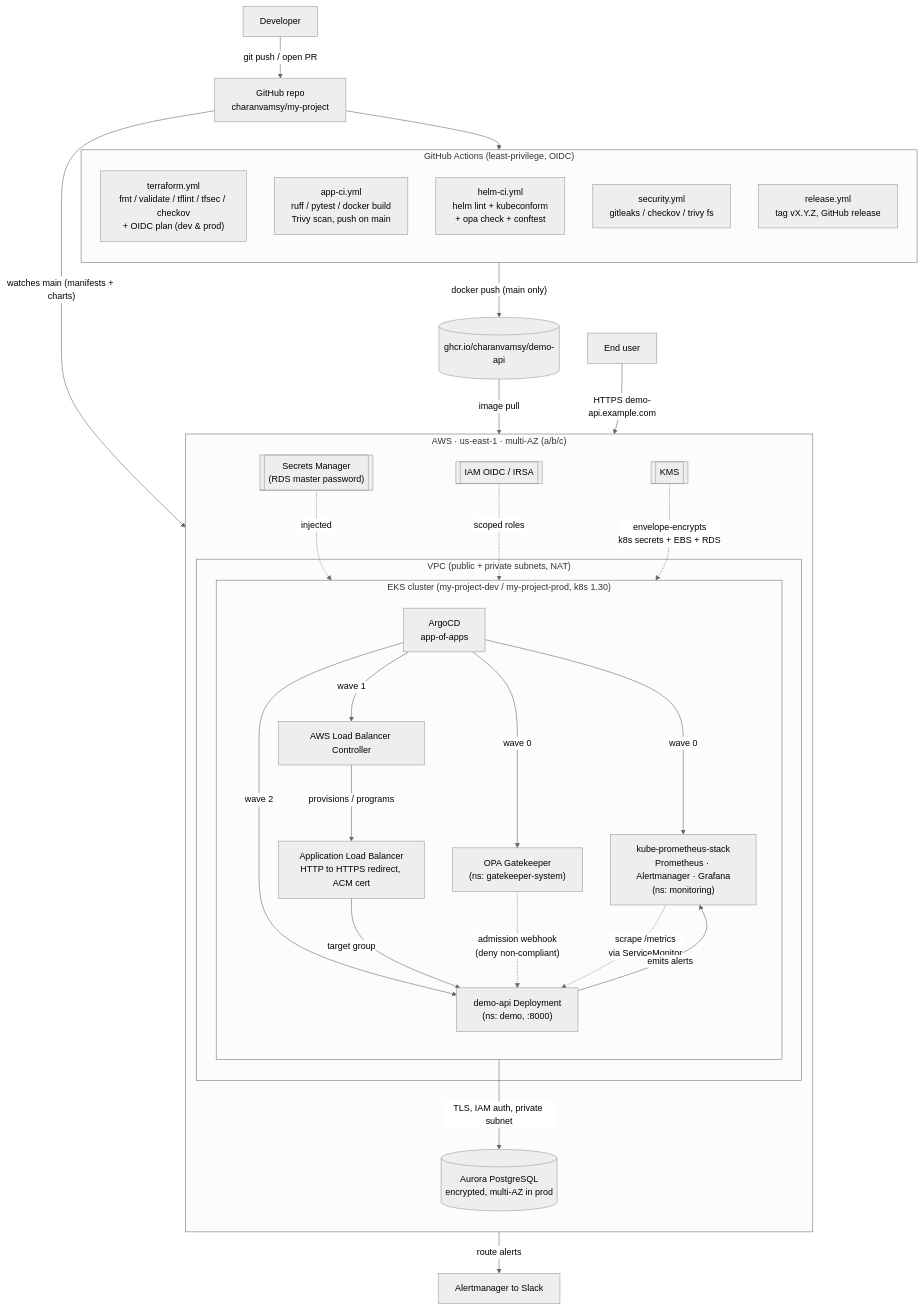
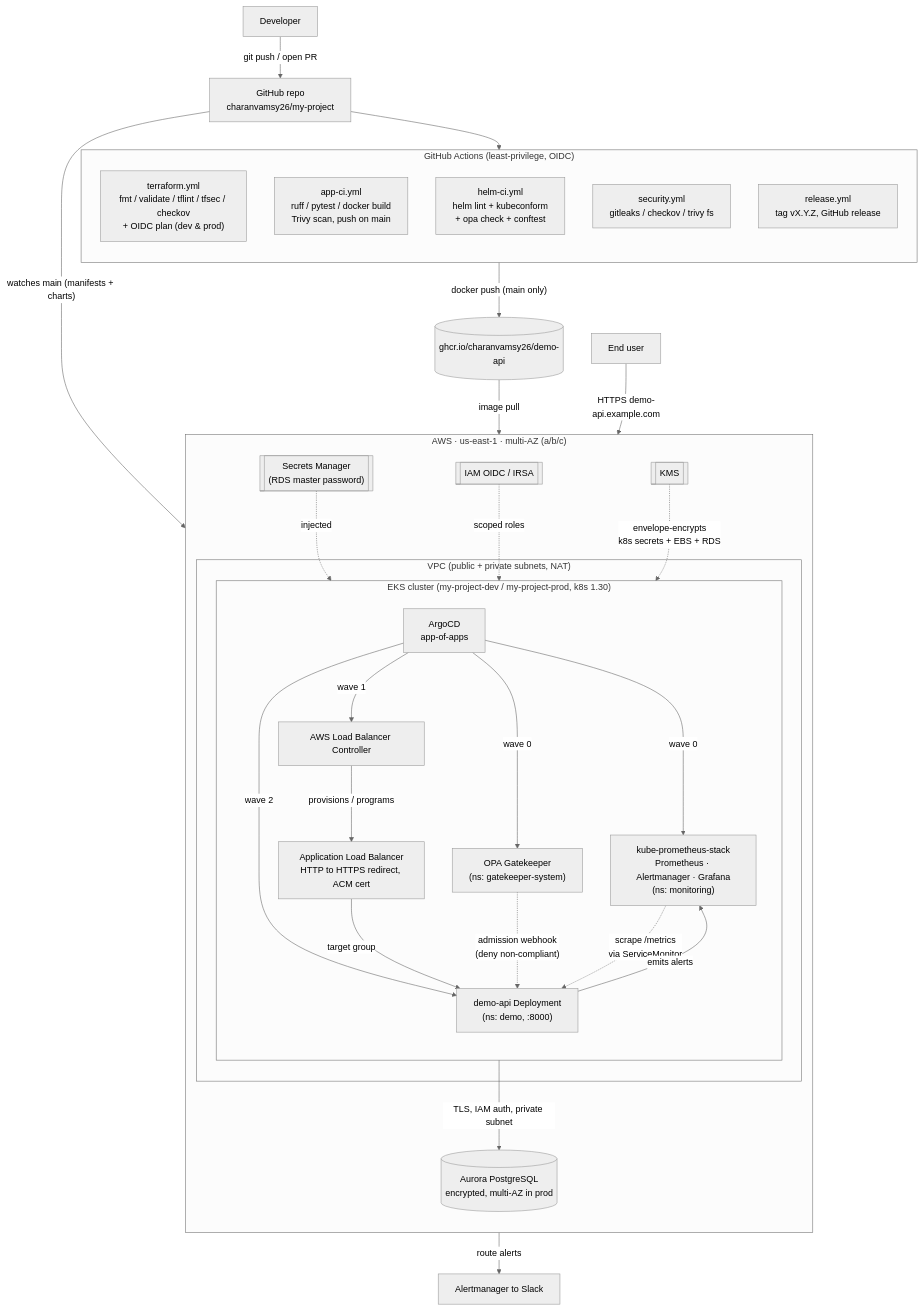
Before and after one commit to charanvamsy26/my-project: the diagram in docs/architecture.md, drawn with Mermaid (neutral theme). The commit also changed other lines of this file and 43 other files, not shown here.

First line of the commit message:
fix: correct GitHub owner charanvamsy -> charanvamsy26 across repo

````diff
--- a/docs/architecture.md
+++ b/docs/architecture.md
@@ -15,49 +15,49 @@
 ```mermaid
 graph TD
-  Dev["Developer"] -->|"git push / open PR"| GH["GitHub repo<br/>charanvamsy/my-project"]
+  Dev["Developer"] -->|"git push / open PR"| GH["GitHub repo<br/>charanvamsy26/my-project"]
 
   subgraph CI["GitHub Actions (least-privilege, OIDC)"]
     direction TB
     TF["terraform.yml<br/>fmt / validate / tflint / tfsec / checkov<br/>+ OIDC plan (dev & prod)"]
     APP["app-ci.yml<br/>ruff / pytest / docker build<br/>Trivy scan, push on main"]
     HELM["helm-ci.yml<br/>helm lint + kubeconform<br/>+ opa check + conftest"]
     SEC["security.yml<br/>gitleaks / checkov / trivy fs"]
     REL["release.yml<br/>tag vX.Y.Z, GitHub release"]
   end
 
   GH --> CI
-  APP -->|"docker push (main only)"| GHCR[("ghcr.io/charanvamsy/demo-api")]
+  APP -->|"docker push (main only)"| GHCR[("ghcr.io/charanvamsy26/demo-api")]
 
   GH -->|"watches main (manifests + charts)"| ARGO["ArgoCD<br/>app-of-apps"]
 
   subgraph AWS["AWS · us-east-1 · multi-AZ (a/b/c)"]
     direction TB
 
     subgraph NET["VPC (public + private subnets, NAT)"]
       ALB["Application Load Balancer<br/>HTTP to HTTPS redirect, ACM cert"]
 
       subgraph EKS["EKS cluster (my-project-dev / my-project-prod, k8s 1.30)"]
         direction TB
         ARGO -->|"wave 0"| OBS["kube-prometheus-stack<br/>Prometheus · Alertmanager · Grafana<br/>(ns: monitoring)"]
         ARGO -->|"wave 0"| GK["OPA Gatekeeper<br/>(ns: gatekeeper-system)"]
         ARGO -->|"wave 1"| LBC["AWS Load Balancer Controller"]
         ARGO -->|"wave 2"| API["demo-api Deployment<br/>(ns: demo, :8000)"]
 
         LBC -->|"provisions / programs"| ALB
         ALB -->|"target group"| API
         GK -. "admission webhook<br/>(deny non-compliant)" .-> API
         OBS -. "scrape /metrics<br/>via ServiceMonitor" .-> API
         API -->|"emits alerts"| OBS
       end
     end
 
     API -->|"TLS, IAM auth, private subnet"| RDS[("Aurora PostgreSQL<br/>encrypted, multi-AZ in prod")]
     SM[["Secrets Manager<br/>(RDS master password)"]] -.->|"injected"| API
     KMS[["KMS"]] -.->|"envelope-encrypts<br/>k8s secrets + EBS + RDS"| EKS
     IRSA[["IAM OIDC / IRSA"]] -.->|"scoped roles"| LBC
   end
 
   GHCR -->|"image pull"| API
   User["End user"] -->|"HTTPS demo-api.example.com"| ALB
   OBS -->|"route alerts"| Slack["Alertmanager to Slack"]
 ```
````
